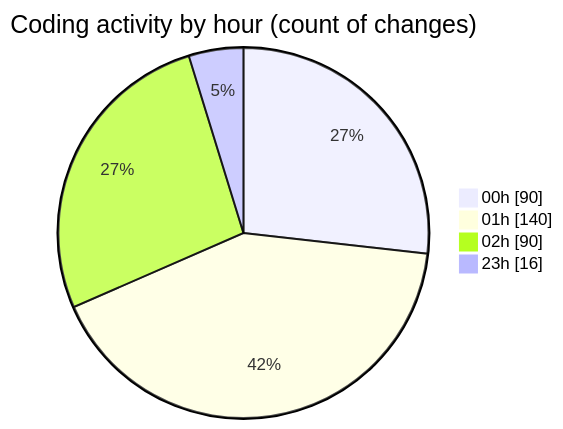
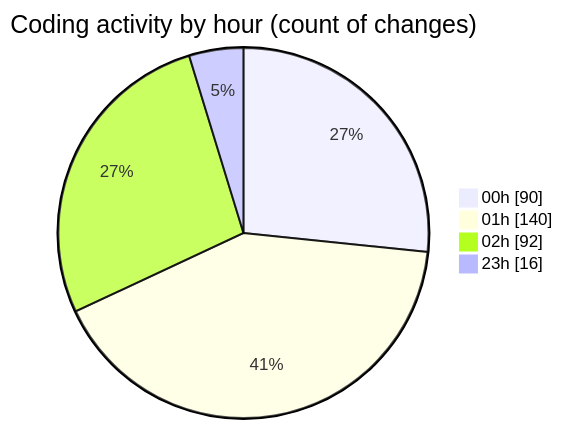
The second of 2 diagrams in 2025-05-26/projects/README.md (Ritupan-Deka/code-tracking), drawn with Mermaid before and after one commit. The commit also changed other lines of this file and 1 other file, not shown here.

````diff
--- a/2025-05-26/projects/README.md
+++ b/2025-05-26/projects/README.md
@@ -33,8 +33,8 @@
 ```mermaid
 pie showData
 title Coding activity by hour (count of changes)
 "00h" : 90
 "01h" : 140
-"02h" : 90
+"02h" : 92
 "23h" : 16
 ```
````
